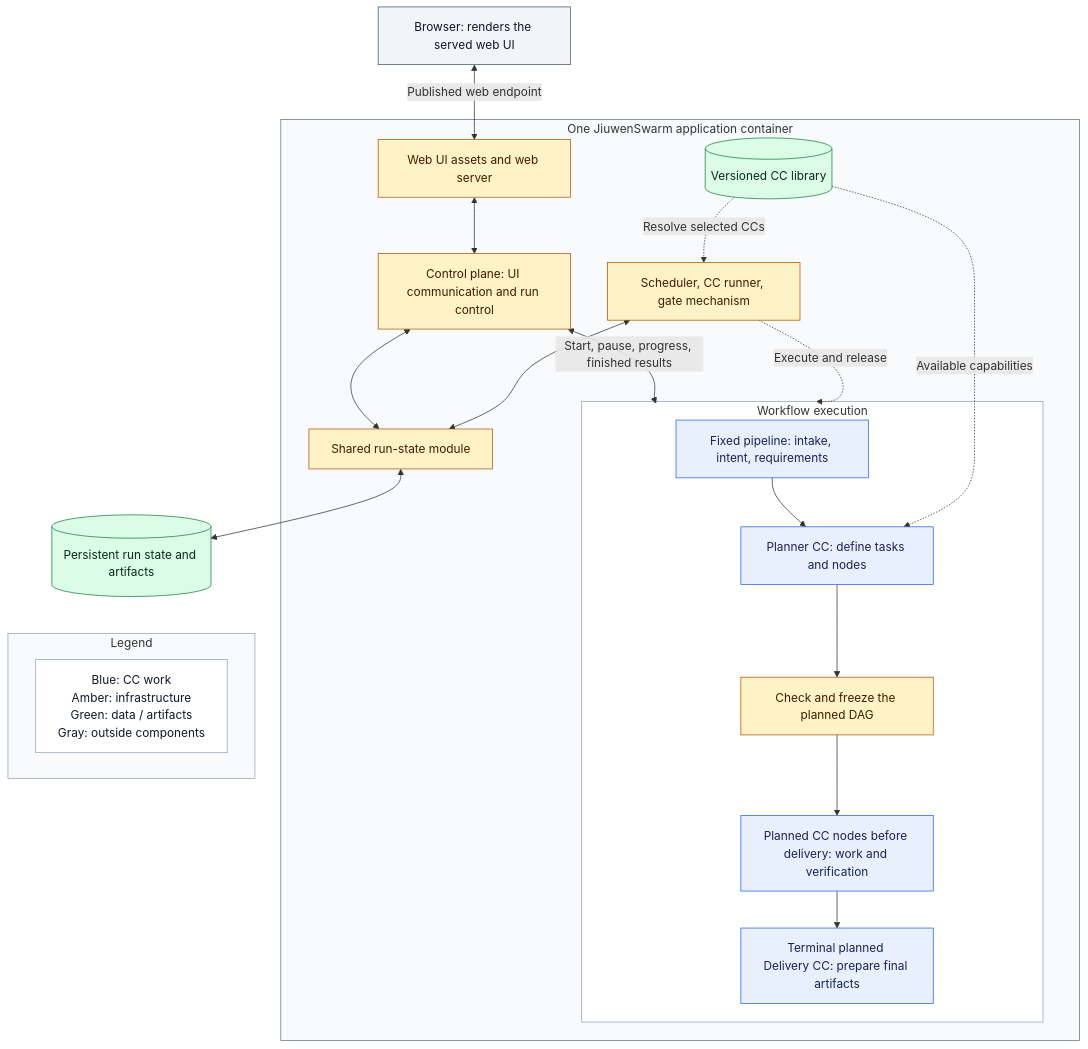
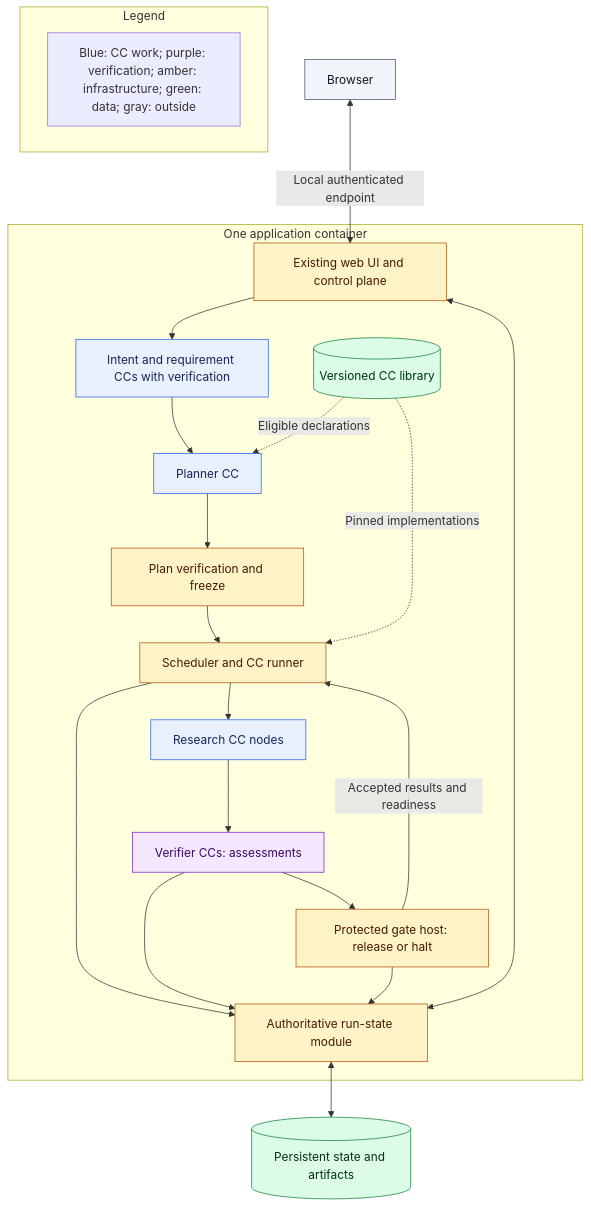
Before and after one commit to Stellven/jiuwenswarm: the diagram in docs/architecture/README.md, drawn with Mermaid. The commit also changed other lines of this file and 12 other files, not shown here.

Commit message:
Prepare M1 architecture and intent-trial Spec Kit handoff

````diff
--- a/docs/architecture/README.md
+++ b/docs/architecture/README.md
@@ -57,44 +60,40 @@
 ```mermaid
 flowchart TB
-    Browser[Browser: renders the served web UI]
-    subgraph Container[One JiuwenSwarm application container]
-        Web[Web UI assets and web server]
-        CP[Control plane: UI communication and run control]
-        Runtime[Scheduler, CC runner, gate mechanism]
+    Browser[Browser]
+    subgraph App[One application container]
+        UI[Existing web UI and control plane]
+        Prep[Intent and requirement CCs with verification]
+        Plan[Planner CC]
+        Freeze[Plan verification and freeze]
+        Runtime[Scheduler and CC runner]
+        Work[Research CC nodes]
+        Verify[Verifier CCs: assessments]
+        Gate[Protected gate host: release or halt]
         Library[(Versioned CC library)]
-        StateModule[Shared run-state module]
-        subgraph Pipeline[Workflow execution]
-            Fixed[Fixed pipeline: intake, intent, requirements]
-            Planner[Planner CC: define tasks and nodes]
-            Freeze[Check and freeze the planned DAG]
-            DAG[Planned CC nodes before delivery: work and verification]
-            Delivery[Terminal planned Delivery CC: prepare final artifacts]
-            Fixed --> Planner --> Freeze --> DAG --> Delivery
-        end
-        Web <--> CP
-        CP <-->|Start, pause, progress, finished results| Pipeline
-        Runtime -.->|Execute and release| Pipeline
-        Library -.->|Available capabilities| Planner
-        Library -.->|Resolve selected CCs| Runtime
-        CP <--> StateModule
-        Runtime <--> StateModule
+        State[Authoritative run-state module]
+        UI --> Prep --> Plan --> Freeze --> Runtime --> Work
+        Work --> Verify --> Gate
+        Gate -->|Accepted results and readiness| Runtime
+        Library -.->|Eligible declarations| Plan
+        Library -.->|Pinned implementations| Runtime
+        Runtime --> State
+        Verify --> State
+        Gate --> State
+        UI <--> State
     end
-    Browser <-->|Published web endpoint| Web
-    StateModule <--> Data[(Persistent run state and artifacts)]
+    Browser <-->|Local authenticated endpoint| UI
+    State <--> Data[(Persistent state and artifacts)]
     subgraph Legend[Legend]
-        LKey["Blue: CC work<br/>Amber: infrastructure<br/>Green: data / artifacts<br/>Gray: outside components"]
+        Key[Blue: CC work; purple: verification; amber: infrastructure; green: data; gray: outside]
     end
-    Data ~~~ Legend
     classDef work fill:#E8F0FE,stroke:#2563EB,color:#172554
+    classDef verify fill:#F3E8FF,stroke:#7E22CE,color:#3B0764
     classDef control fill:#FEF3C7,stroke:#B45309,color:#451A03
     classDef data fill:#DCFCE7,stroke:#15803D,color:#052E16
     classDef outside fill:#F1F5F9,stroke:#475569,color:#0F172A
-    class Fixed,Planner,DAG,Delivery work
-    class Web,CP,Freeze,Runtime,StateModule control
+    class Prep,Plan,Work work
+    class Verify verify
+    class UI,Freeze,Runtime,State,Gate control
     class Library,Data data
     class Browser outside
-    style Container fill:#F8FAFC,stroke:#64748B
-    style Pipeline fill:#FFFFFF,stroke:#94A3B8
-    style Legend fill:#F8FAFC,stroke:#94A3B8
-    style LKey fill:#FFFFFF,stroke:#94A3B8,color:#0F172A
 ```
````
